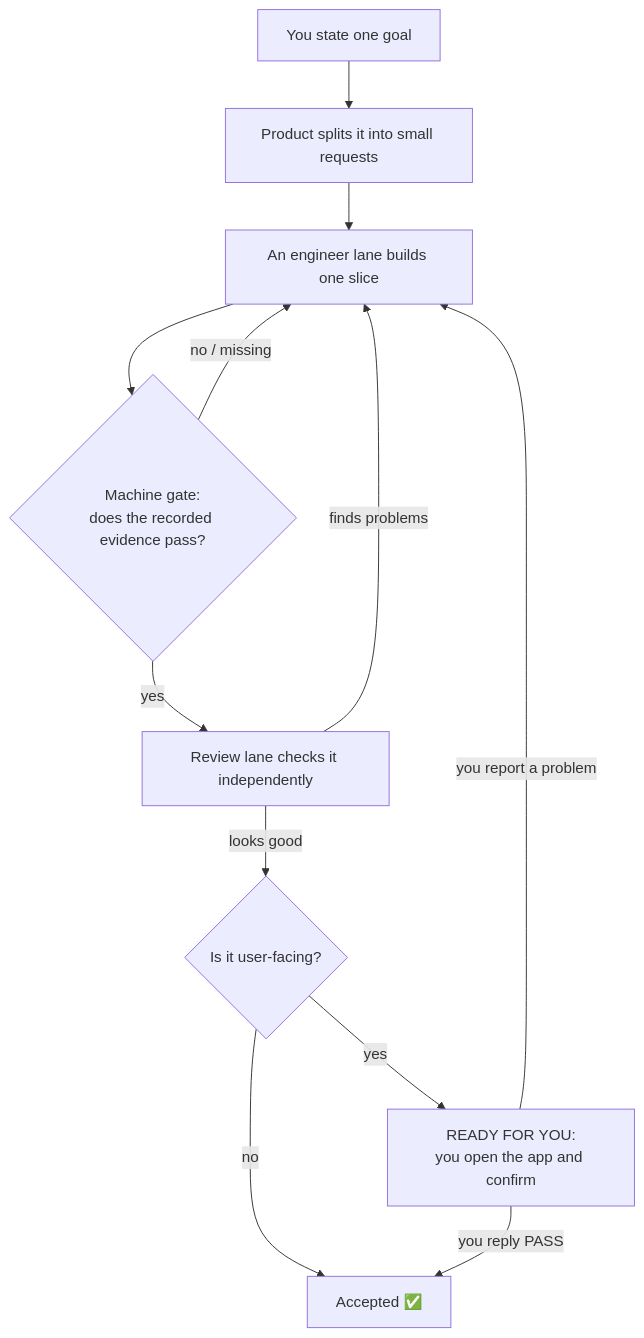
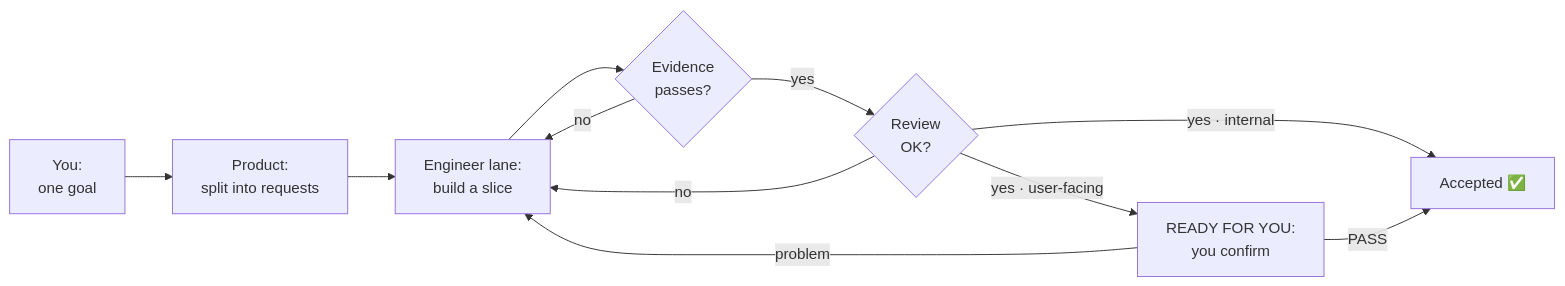
One commit to hanco1/codex-app-loop-crew changed the diagram in README.md. Above: the diagram before and after it, drawn with Mermaid. The commit also changed other lines of this file and 1 other file, not shown here.

Commit message:
docs: make the flow diagram compact (left-to-right) and foldable
The top-down flowchart was very tall; switched to a horizontal LR layout with
terser labels (~135px vs ~700px) and wrapped it in a <details> fold. Bilingual.

````diff
--- a/README.md
+++ b/README.md
@@ -120,14 +123,12 @@
 ```mermaid
-flowchart TD
-    A["You state one goal"] --> B["Product splits it into small requests"]
-    B --> C["An engineer lane builds one slice"]
-    C --> D{"Machine gate:<br/>does the recorded evidence pass?"}
-    D -- "no / missing" --> C
-    D -- "yes" --> E["Review lane checks it independently"]
-    E -- "finds problems" --> C
-    E -- "looks good" --> F{"Is it user-facing?"}
-    F -- "no" --> H["Accepted ✅"]
-    F -- "yes" --> G["READY FOR YOU:<br/>you open the app and confirm"]
-    G -- "you reply PASS" --> H
-    G -- "you report a problem" --> C
+flowchart LR
+    A["You:<br/>one goal"] --> B["Product:<br/>split into requests"] --> C["Engineer lane:<br/>build a slice"]
+    C --> D{"Evidence<br/>passes?"}
+    D -- no --> C
+    D -- yes --> E{"Review<br/>OK?"}
+    E -- no --> C
+    E -- "yes · internal" --> H["Accepted ✅"]
+    E -- "yes · user-facing" --> G["READY FOR YOU:<br/>you confirm"]
+    G -- PASS --> H
+    G -- problem --> C
 ```
````
